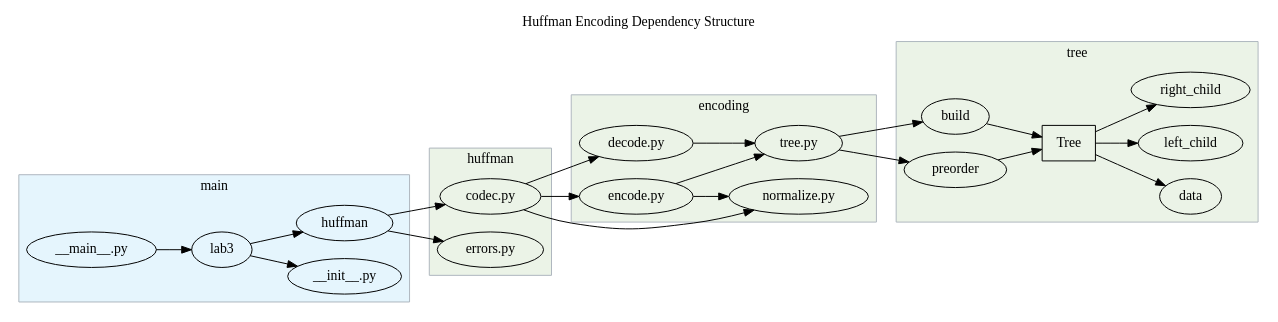
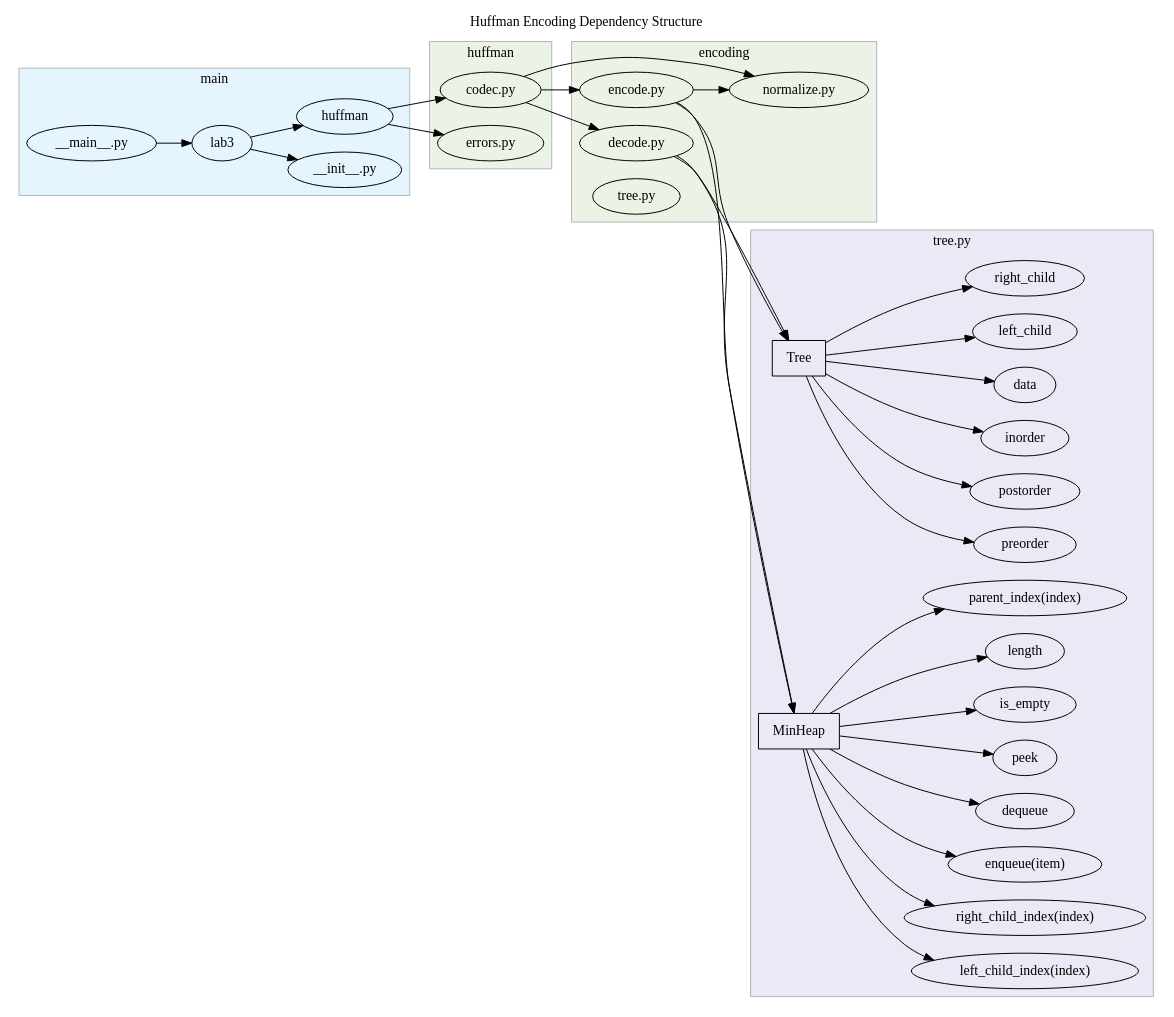
The diagram in lab-3/packages.dot (jllovet/jhu-en-605-202-su26-data-structures), drawn with Graphviz before and after one commit.

Commit message:
Update dependencies design

```diff
--- a/lab-3/packages.dot
+++ b/lab-3/packages.dot
@@ -1,84 +1,105 @@
 digraph G {
     rankdir="LR"
     ratio=auto
     ranksep=auto
     splines=true
 
     label="Huffman Encoding Dependency Structure"
     labelloc="t"
 
     // Nodes
     subgraph cluster_main {
         label="main"
         style=rounded
         style=filled
         pencolor="#AEB6BE"
         bgcolor="#E5F5FD"
         lab3 [label="lab3"]
         main [label="__main__.py"]
         lab3_init [label="__init__.py"]
         huffman [label="huffman"]
 
         lab3 -> lab3_init
         main -> lab3
         lab3 -> huffman
     }
 
     subgraph cluster_huffman {
         label="huffman"
         style=rounded
         style=filled
         pencolor="#AEB6BE"
         bgcolor="#EBF3E7"
         codec [label="codec.py"]
         errors [label="errors.py"]
     }
 
     subgraph cluster_encoding {
         label="encoding"
         style=rounded
         style=filled
         pencolor="#AEB6BE"
         bgcolor="#EBF3E7"
         encode [label="encode.py"]
         decode [label="decode.py"]
         normalize [label="normalize.py"]
         tree [label="tree.py"]
         encode -> normalize
     }
     
     subgraph cluster_tree {
-        label="tree"
+        label="tree.py"
         style=rounded
         style=filled
         pencolor="#AEB6BE"
-        bgcolor="#EBF3E7"
+        bgcolor="#ECE8F6"
         Tree [label="Tree" shape=rectangle]
-        build [label="build"]
         preorder [label="preorder"]
+        postorder [label="postorder"]
+        inorder [label="inorder"]
         data [label="data"]
         left_child [label="left_child"]
         right_child [label="right_child"]
         Tree -> {
             data
             left_child
             right_child
+            preorder
+            postorder
+            inorder
         }
-        build -> Tree
-        preorder -> Tree
+        length [label="length"]
+        parent_index [label="parent_index(index)"]
+        left_child_index [label="left_child_index(index)"]
+        right_child_index [label="right_child_index(index)"]
+        enqueue [label="enqueue(item)"]
+        dequeue [label="dequeue"]
+        peek [label="peek"]
+        is_empty [label="is_empty"]
+        MinHeap [label="MinHeap" shape=rectangle]
+        MinHeap -> {
+            right_child_index
+            left_child_index
+            length
+            parent_index
+            enqueue
+            dequeue
+            peek
+            is_empty
+        }
     }
 
     huffman -> codec
     huffman -> errors
 
     codec -> encode
     codec -> decode
     codec -> normalize
 
-    encode -> tree
-    decode -> tree
+    encode -> MinHeap
+    decode -> MinHeap
     
-    tree -> preorder
-    tree -> build
+    encode -> Tree
+    decode -> Tree
 
 }
```
